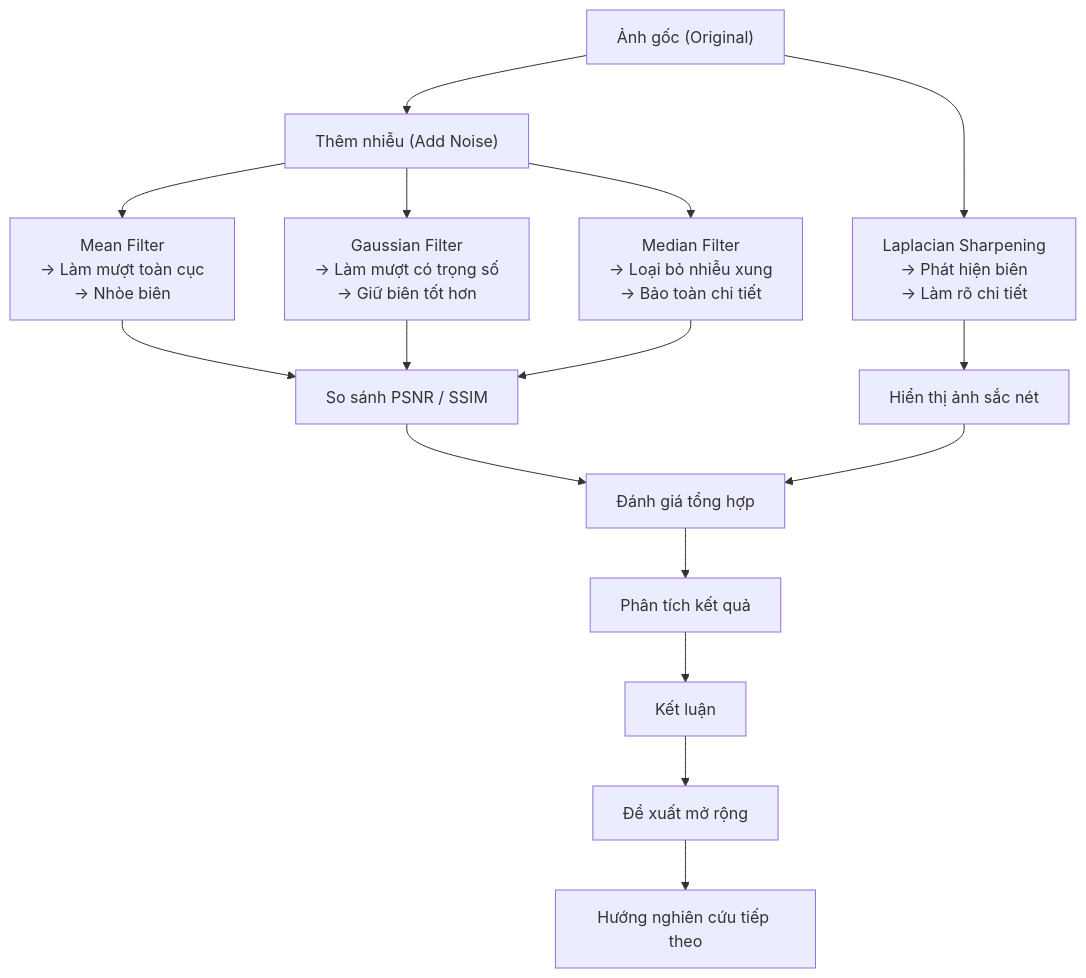
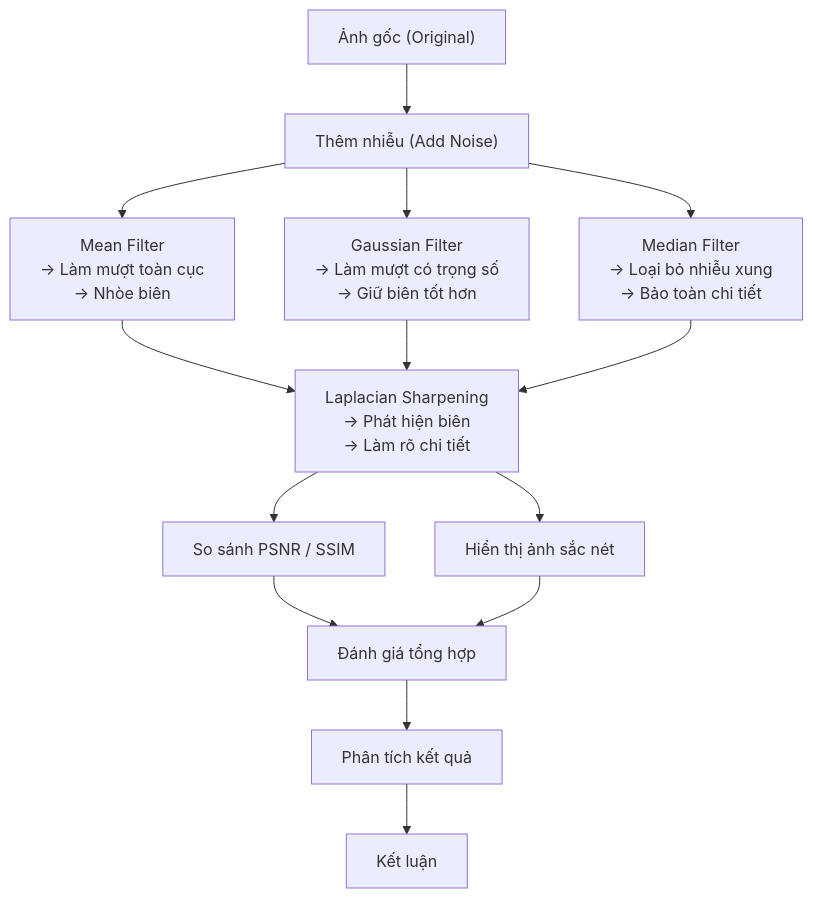
Before and after one commit to hino-hatake/computer-vision: the first of 3 diagrams in report.md, drawn with Mermaid. The commit also changed other lines of this file and 3 other files, not shown here.

````diff
--- a/report.md
+++ b/report.md
@@ -158,18 +117,16 @@
 ```mermaid
 flowchart TD
     A["Ảnh gốc (Original)"] --> B["Thêm nhiễu (Add Noise)"]
     B --> C1[Mean Filter<br/>→ Làm mượt toàn cục<br/>→ Nhòe biên]
     B --> C2[Gaussian Filter<br/>→ Làm mượt có trọng số<br/>→ Giữ biên tốt hơn]
     B --> C3[Median Filter<br/>→ Loại bỏ nhiễu xung<br/>→ Bảo toàn chi tiết]
-    A --> D[Laplacian Sharpening<br/>→ Phát hiện biên<br/>→ Làm rõ chi tiết]
-    C1 --> E[So sánh PSNR / SSIM]
-    C2 --> E
-    C3 --> E
+    C1 --> D[Laplacian Sharpening<br/>→ Phát hiện biên<br/>→ Làm rõ chi tiết]
+    C2 --> D[Laplacian Sharpening<br/>→ Phát hiện biên<br/>→ Làm rõ chi tiết]
+    C3 --> D[Laplacian Sharpening<br/>→ Phát hiện biên<br/>→ Làm rõ chi tiết]
+    D --> E[So sánh PSNR / SSIM]
     D --> F[Hiển thị ảnh sắc nét]
     E --> G[Đánh giá tổng hợp]
     F --> G
     G --> H[Phân tích kết quả]
     H --> I[Kết luận]
-    I --> J[Đề xuất mở rộng]
-    J --> K[Hướng nghiên cứu tiếp theo]
 ```
````
